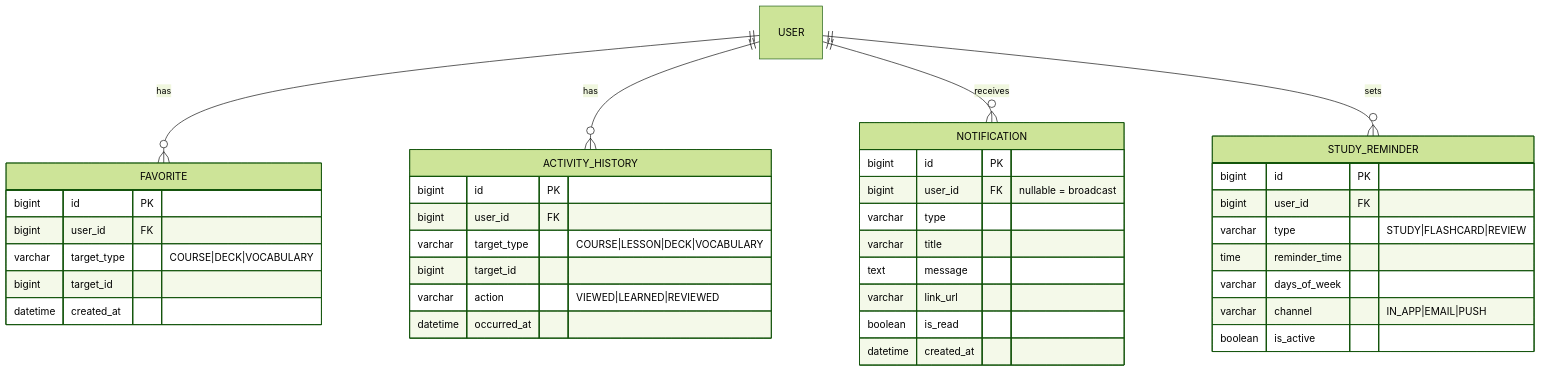
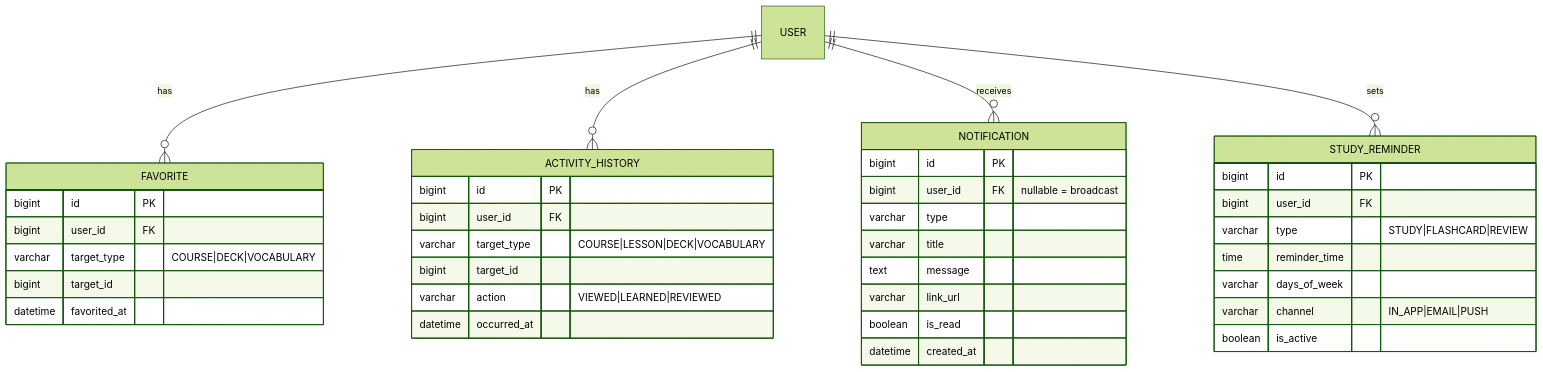
Before and after one commit to trantiendat12345/language-learning-docs: the sixth of 6 diagrams in docs/PROJECT_OVERVIEW.md, drawn with Mermaid (forest theme). The commit also changed other lines of this file and 9 other files, not shown here.

````diff
--- a/docs/PROJECT_OVERVIEW.md
+++ b/docs/PROJECT_OVERVIEW.md
@@ -425,42 +426,42 @@
 ```mermaid
 erDiagram
     USER ||--o{ FAVORITE : has
     USER ||--o{ ACTIVITY_HISTORY : has
     USER ||--o{ NOTIFICATION : receives
     USER ||--o{ STUDY_REMINDER : sets
 
     FAVORITE {
         bigint id PK
         bigint user_id FK
         varchar target_type "COURSE|DECK|VOCABULARY"
         bigint target_id
-        datetime created_at
+        datetime favorited_at
     }
     ACTIVITY_HISTORY {
         bigint id PK
         bigint user_id FK
         varchar target_type "COURSE|LESSON|DECK|VOCABULARY"
         bigint target_id
         varchar action "VIEWED|LEARNED|REVIEWED"
         datetime occurred_at
     }
     NOTIFICATION {
         bigint id PK
         bigint user_id FK "nullable = broadcast"
         varchar type
         varchar title
         text message
         varchar link_url
         boolean is_read
         datetime created_at
     }
     STUDY_REMINDER {
         bigint id PK
         bigint user_id FK
         varchar type "STUDY|FLASHCARD|REVIEW"
         time reminder_time
         varchar days_of_week
         varchar channel "IN_APP|EMAIL|PUSH"
         boolean is_active
     }
 ```
````
